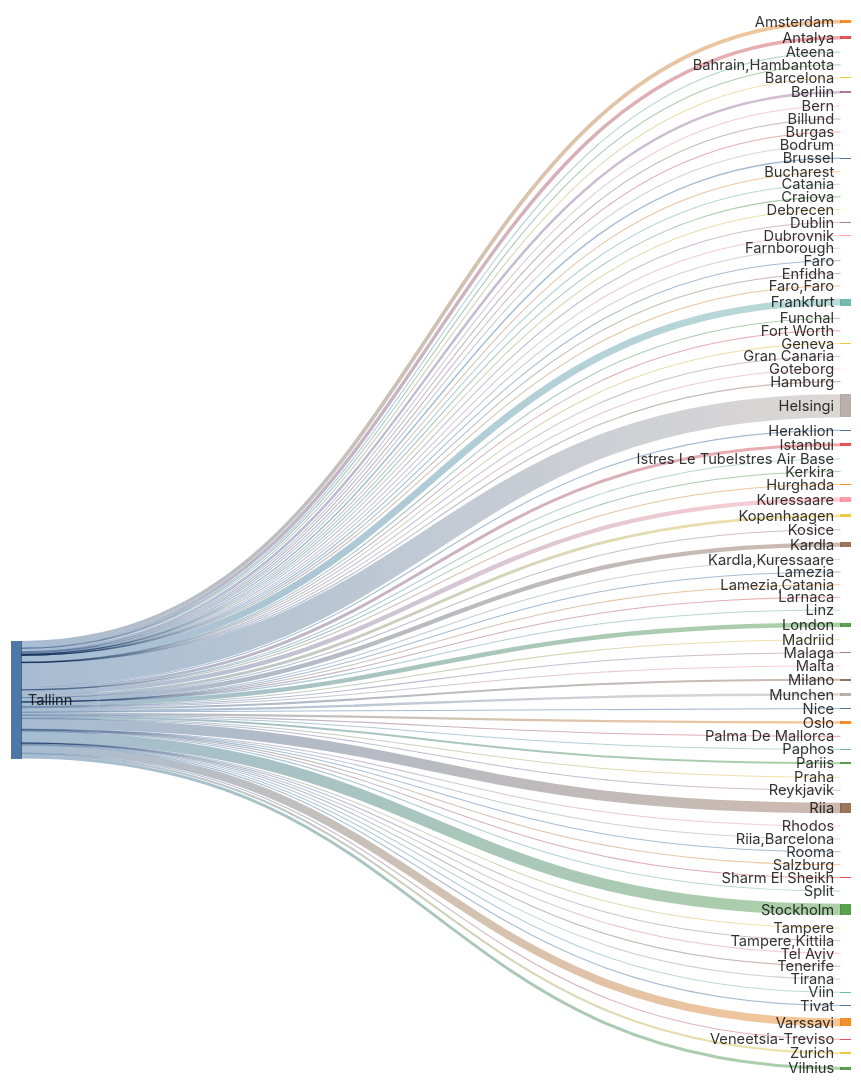
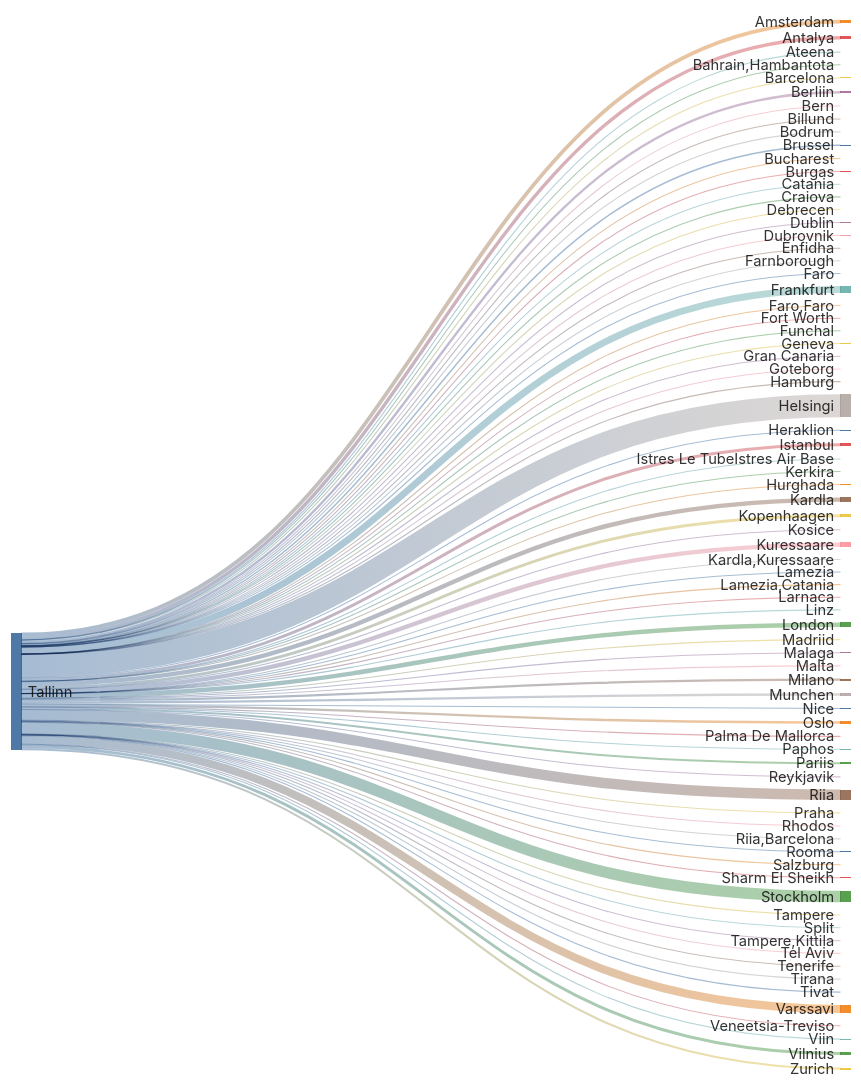
Before and after one commit to rainermesi/tll-airport-departures: the second of 2 diagrams in README.md, drawn with Mermaid. The commit also changed other lines of this file and 1 other file, not shown here.

````diff
--- a/README.md
+++ b/README.md
@@ -41,81 +41,81 @@
 ---
 sankey-beta
 %% source,target,value
-Tallinn,Amsterdam,481
-Tallinn,Antalya,435
+Tallinn,Amsterdam,483
+Tallinn,Antalya,436
 Tallinn,Ateena,16
 Tallinn,"Bahrain,Hambantota",1
 Tallinn,Barcelona,135
-Tallinn,Berliin,304
+Tallinn,Berliin,306
 Tallinn,Bern,1
 Tallinn,Billund,77
 Tallinn,Bodrum,11
-Tallinn,Brussel,186
+Tallinn,Brussel,187
 Tallinn,Bucharest,1
 Tallinn,Burgas,59
 Tallinn,Catania,2
 Tallinn,Craiova,1
 Tallinn,Debrecen,1
-Tallinn,Dublin,94
+Tallinn,Dublin,95
 Tallinn,Dubrovnik,21
 Tallinn,Enfidha,7
 Tallinn,Farnborough,1
 Tallinn,Faro,4
 Tallinn,"Faro,Faro",1
 Tallinn,Fort Worth,1
-Tallinn,Frankfurt,876
+Tallinn,Frankfurt,879
 Tallinn,Funchal,5
 Tallinn,Geneva,13
 Tallinn,Gran Canaria,38
 Tallinn,Goteborg,2
 Tallinn,Hamburg,2
-Tallinn,Helsingi,2951
-Tallinn,Heraklion,99
+Tallinn,Helsingi,2960
+Tallinn,Heraklion,100
 Tallinn,Hurghada,75
-Tallinn,Istanbul,384
+Tallinn,Istanbul,385
 Tallinn,Istres Le TubeIstres Air Base,2
 Tallinn,Kerkira,4
-Tallinn,Kopenhaagen,363
+Tallinn,Kopenhaagen,366
 Tallinn,Kosice,1
-Tallinn,Kuressaare,559
-Tallinn,Kardla,561
+Tallinn,Kuressaare,560
+Tallinn,Kardla,562
 Tallinn,"Kardla,Kuressaare",1
 Tallinn,Lamezia,1
 Tallinn,"Lamezia,Catania",3
 Tallinn,Larnaca,4
 Tallinn,Linz,2
-Tallinn,London,576
-Tallinn,Madriid,3
+Tallinn,London,578
+Tallinn,Madriid,4
 Tallinn,Malaga,119
 Tallinn,Malta,29
-Tallinn,Milano,271
-Tallinn,Munchen,299
-Tallinn,Nice,51
-Tallinn,Oslo,298
+Tallinn,Milano,272
+Tallinn,Munchen,301
+Tallinn,Nice,52
+Tallinn,Oslo,300
 Tallinn,Palma De Mallorca,33
 Tallinn,Paphos,66
-Tallinn,Pariis,256
-Tallinn,Praha,85
+Tallinn,Pariis,257
+Tallinn,Praha,86
 Tallinn,Reykjavik,19
 Tallinn,Rhodos,59
-Tallinn,Riia,1326
+Tallinn,Riia,1330
 Tallinn,"Riia,Barcelona",1
 Tallinn,Rooma,80
 Tallinn,Salzburg,14
-Tallinn,Sharm El Sheikh,102
-Tallinn,Split,52
-Tallinn,Stockholm,1454
+Tallinn,Sharm El Sheikh,103
+Tallinn,Split,53
+Tallinn,Stockholm,1460
 Tallinn,Tampere,17
 Tallinn,"Tampere,Kittila",21
 Tallinn,Tel Aviv,2
 Tallinn,Tenerife,58
 Tallinn,Tirana,33
-Tallinn,Tivat,65
-Tallinn,Varssavi,1018
+Tallinn,Tivat,66
+Tallinn,Varssavi,1022
 Tallinn,Veneetsia-Treviso,67
 Tallinn,Viin,106
-Tallinn,Vilnius,368
-Tallinn,Zurich,262
+Tallinn,Vilnius,369
+Tallinn,Zurich,263
 
 
 ```
````
